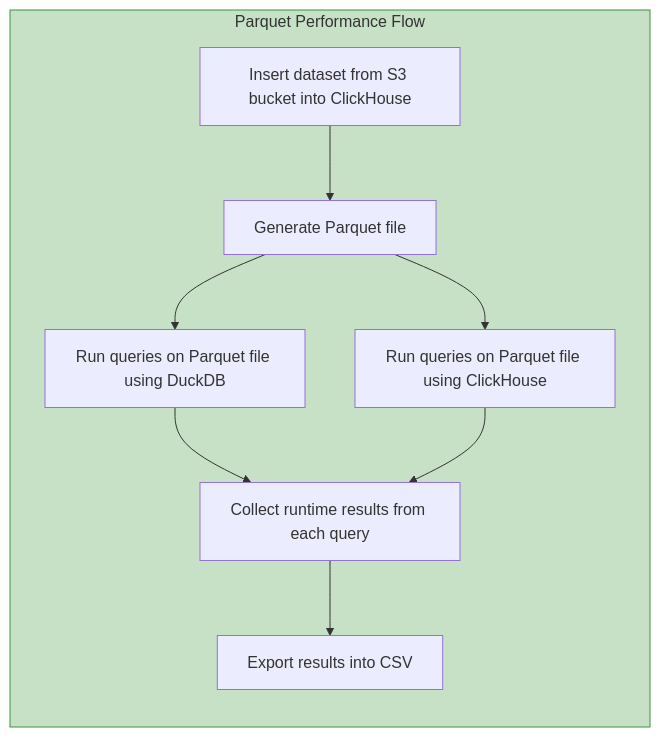
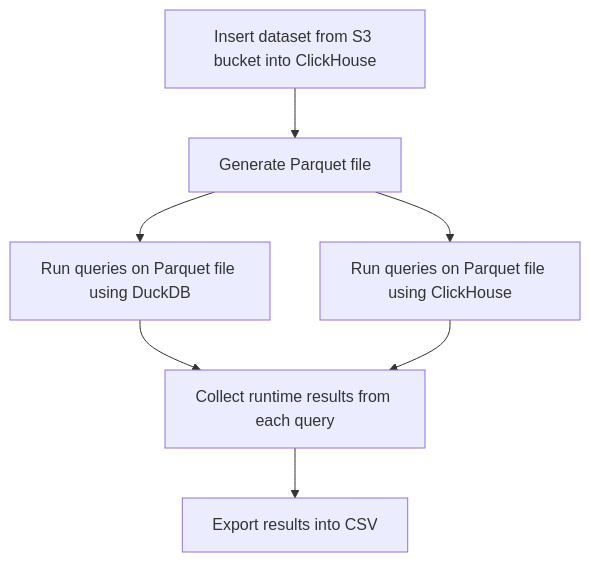
The diagram in parquet/performance/README.md (Altinity/clickhouse-regression), drawn with Mermaid before and after one commit.

````diff
--- a/parquet/performance/README.md
+++ b/parquet/performance/README.md
@@ -5,16 +5,10 @@
 ```mermaid
-flowchart LR
-    style R fill:#C6E1C6,stroke:#3D9140,stroke-width:1px;
-
-
-    subgraph R[Parquet Performance Flow]
-        B[Insert dataset from S3 bucket into ClickHouse]
-        B --> C[Generate Parquet file]
-        C --> D[Run queries on Parquet file using DuckDB]
-        C --> E[Run queries on Parquet file using ClickHouse]
-        D --> F[Collect runtime results from each query]
-        E --> F
-        F --> G[Export results into CSV]
-    end
-
+graph TD
+    B[Insert dataset from S3 bucket into ClickHouse]
+    B --> C[Generate Parquet file]
+    C --> D[Run queries on Parquet file using DuckDB]
+    C --> E[Run queries on Parquet file using ClickHouse]
+    D --> F[Collect runtime results from each query]
+    E --> F
+    F --> G[Export results into CSV]
 ```
````
